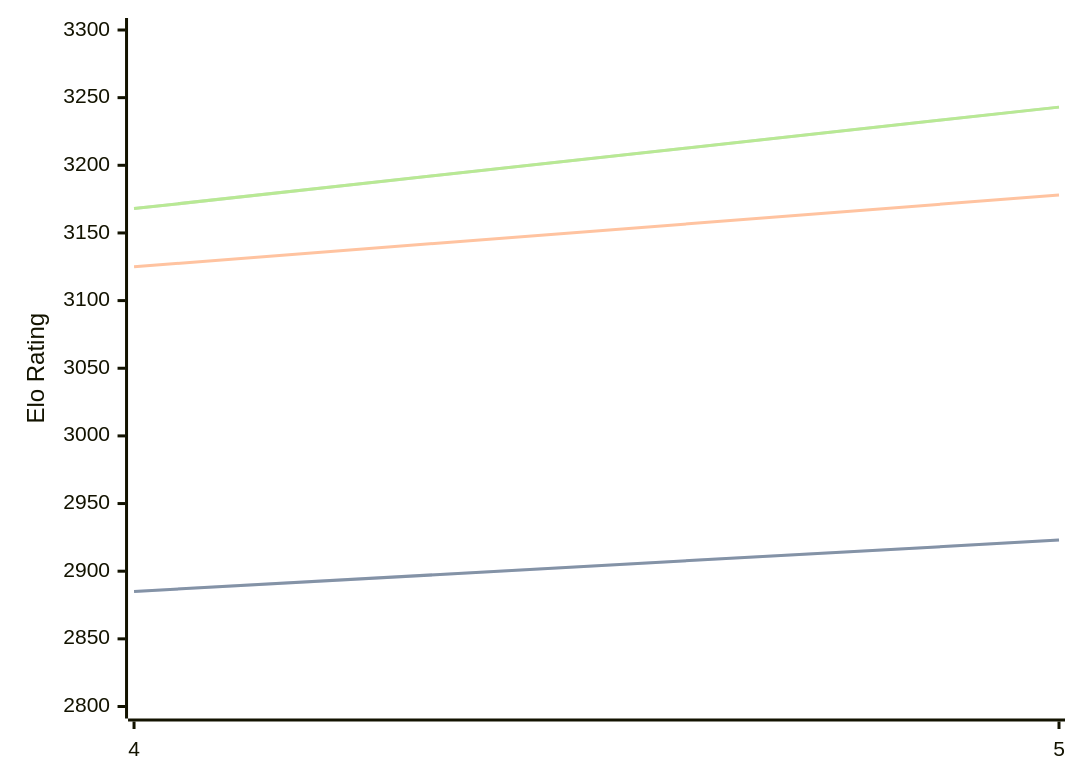
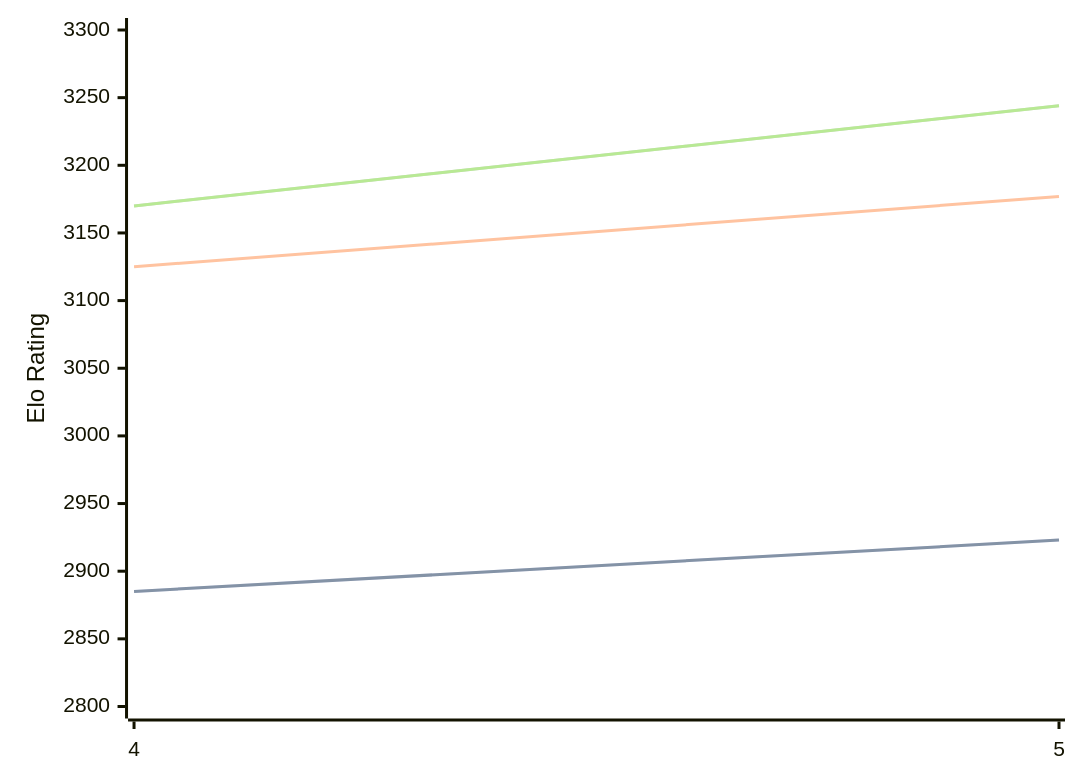
The diagram in engines/Cwtch.md (computer-chess-index/cci), drawn with Mermaid before and after one commit. The commit also changed other lines of this file, not shown here.

Commit message:
Update CCI Ratings (ELO VLTC) - 2026-04-24

````diff
--- a/engines/Cwtch.md
+++ b/engines/Cwtch.md
@@ -34,11 +34,11 @@
 ```mermaid
 %%{init: {"theme":"base","themeVariables":{"seriesColors:['#a3a3a3','#222221','#faa371']}}}%%
 xychart-beta
   x-axis ["4", "5"]
   y-axis "Elo Rating" 2800 --> 3300
   line "STC (8.0+0.08s)" [2885, 2923]
   line "STC (8.0+0.08s)" [2885, 2923]
-  line "LTC (60.0+0.60s)" [3125, 3178]
-  line "VLTC (2m24s+1.12s)" [3168, 3243]
-  line "VLTC (2m24s+1.12s)" [3168, 3243]
+  line "LTC (60.0+0.60s)" [3125, 3177]
+  line "VLTC (2m24s+1.12s)" [3170, 3244]
+  line "VLTC (2m24s+1.12s)" [3170, 3244]
 ```
````
